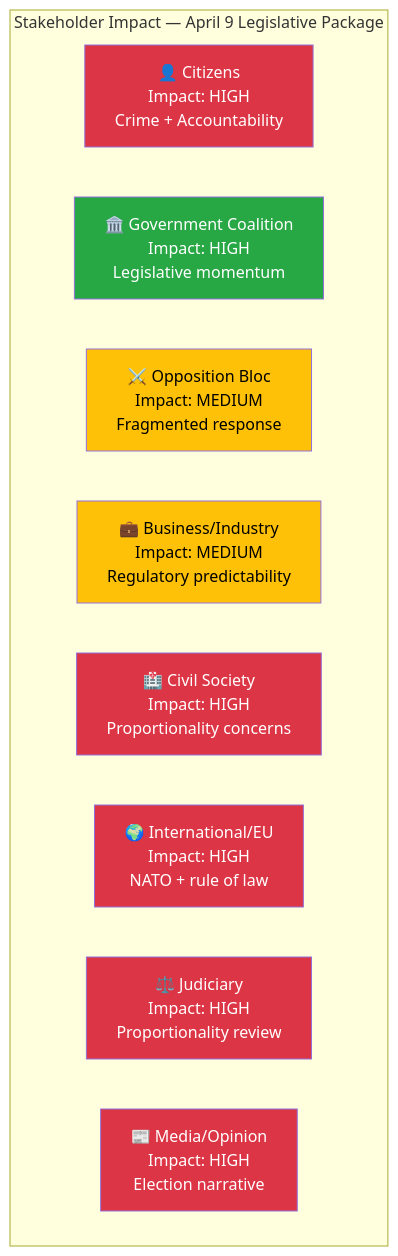
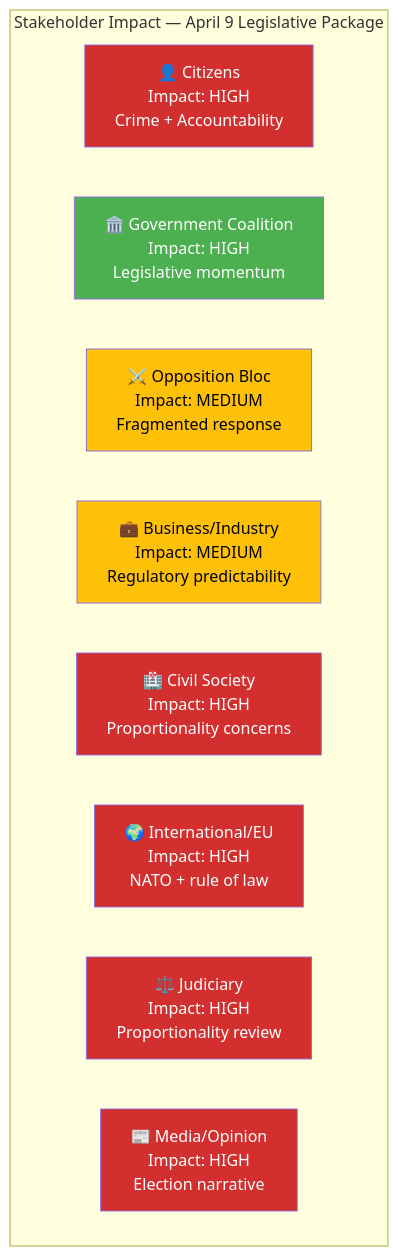
One commit to Hack23/riksdagsmonitor changed the diagram in analysis/daily/2026-04-09/evening-analysis/stakeholder-perspectives.md. Above: the diagram before and after it, drawn with Mermaid. The commit also changed 785 other files, not shown here.

First line of the commit message:
Normalize mermaid colors across 786 analysis artifacts to ISMS Style Guide palette

````diff
--- a/analysis/daily/2026-04-09/evening-analysis/stakeholder-perspectives.md
+++ b/analysis/daily/2026-04-09/evening-analysis/stakeholder-perspectives.md
@@ -10,21 +10,21 @@
 ```mermaid
 graph TD
     subgraph "Stakeholder Impact — April 9 Legislative Package"
         CIT["👤 Citizens<br/>Impact: HIGH<br/>Crime + Accountability"]
         GOV["🏛️ Government Coalition<br/>Impact: HIGH<br/>Legislative momentum"]
         OPP["⚔️ Opposition Bloc<br/>Impact: MEDIUM<br/>Fragmented response"]
         BIZ["💼 Business/Industry<br/>Impact: MEDIUM<br/>Regulatory predictability"]
         CIV["🏥 Civil Society<br/>Impact: HIGH<br/>Proportionality concerns"]
         INT["🌍 International/EU<br/>Impact: HIGH<br/>NATO + rule of law"]
         JUD["⚖️ Judiciary<br/>Impact: HIGH<br/>Proportionality review"]
         MED["📰 Media/Opinion<br/>Impact: HIGH<br/>Election narrative"]
     end
-    style CIT fill:#dc3545,color:#fff
-    style GOV fill:#28a745,color:#fff
-    style OPP fill:#ffc107,color:#000
-    style BIZ fill:#ffc107,color:#000
-    style CIV fill:#dc3545,color:#fff
-    style INT fill:#dc3545,color:#fff
-    style JUD fill:#dc3545,color:#fff
-    style MED fill:#dc3545,color:#fff
+    style CIT fill:#D32F2F,color:#FFFFFF
+    style GOV fill:#4CAF50,color:#FFFFFF
+    style OPP fill:#FFC107,color:#000000
+    style BIZ fill:#FFC107,color:#000000
+    style CIV fill:#D32F2F,color:#FFFFFF
+    style INT fill:#D32F2F,color:#FFFFFF
+    style JUD fill:#D32F2F,color:#FFFFFF
+    style MED fill:#D32F2F,color:#FFFFFF
 ```
````
